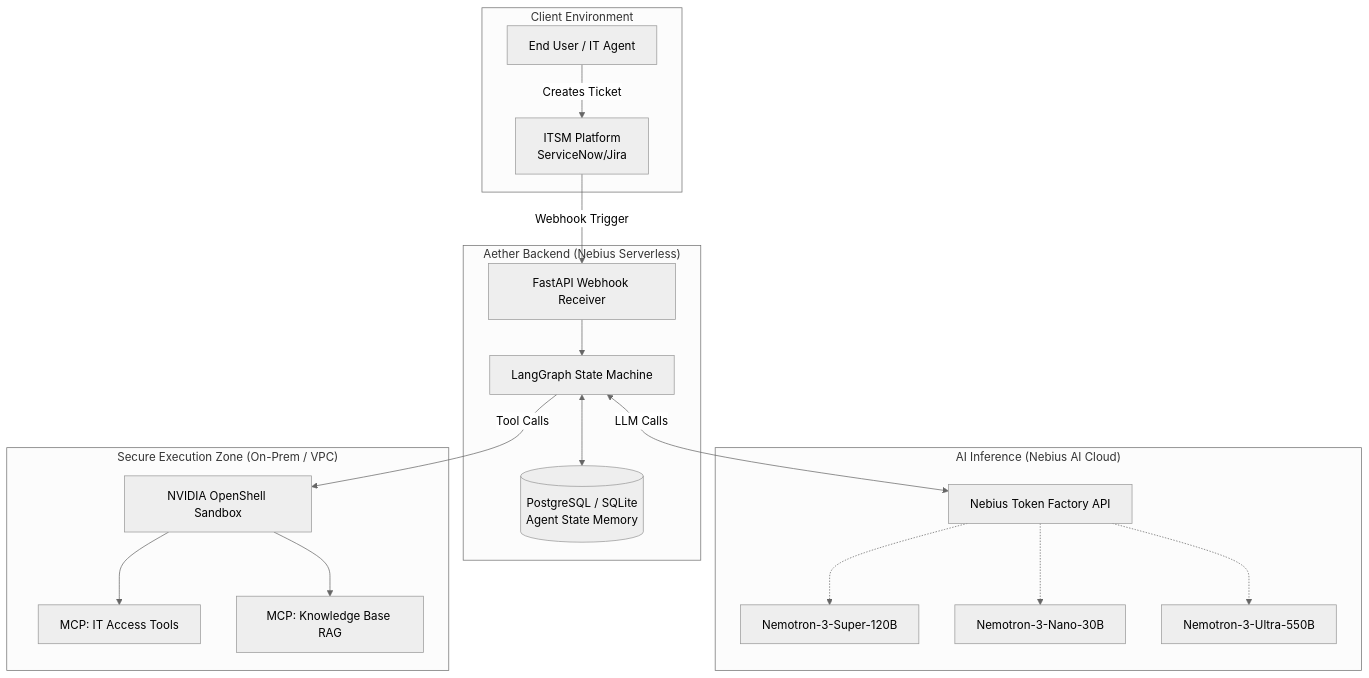
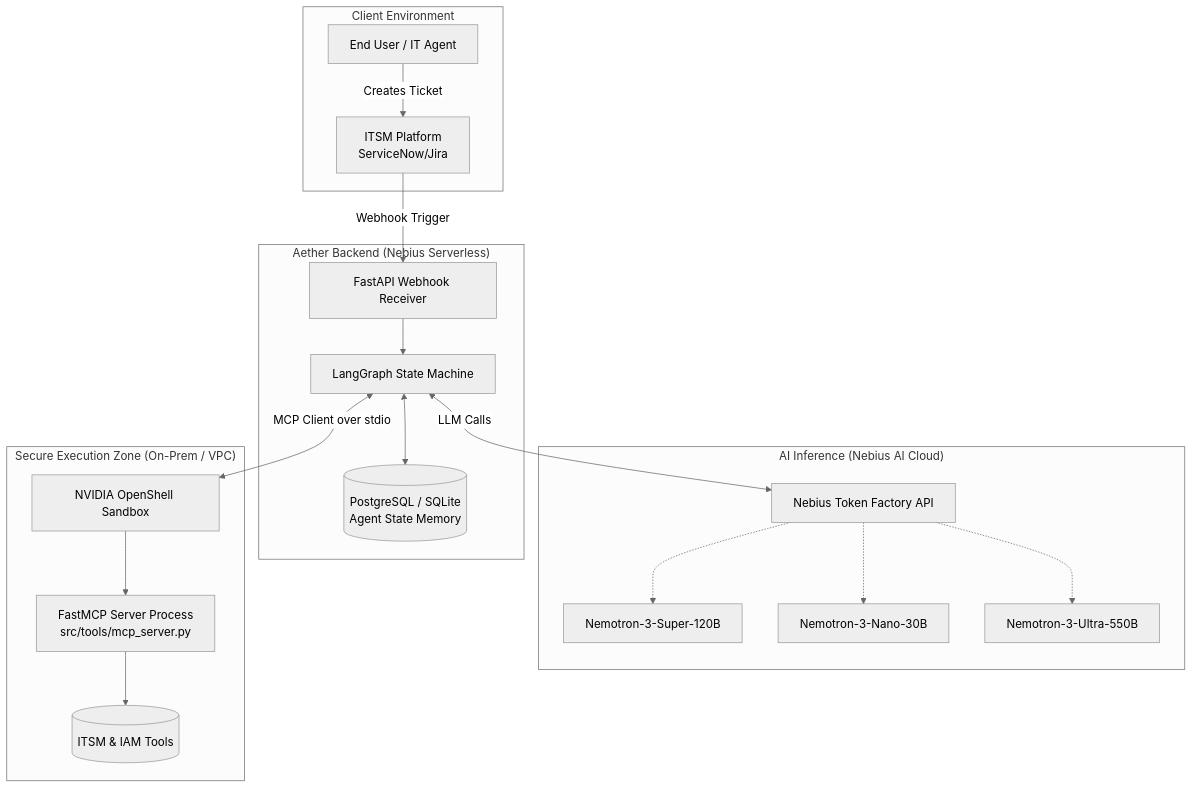
Before and after one commit to Abenavidese/Aether-ITSM: the first of 3 diagrams in docs/architecture.md, drawn with Mermaid (neutral theme). The commit also changed other lines of this file and 12 other files, not shown here.

Commit message:
feat: integrate FastMCP protocol for tool execution and implement asynchronous LangGraph agent workflow with state persistence.

````diff
--- a/docs/architecture.md
+++ b/docs/architecture.md
@@ -10,36 +10,37 @@
 ```mermaid
 graph TD
     subgraph "Client Environment"
         User[End User / IT Agent]
         ITSM[ITSM Platform<br/>ServiceNow/Jira]
     end
 
     subgraph "Aether Backend (Nebius Serverless)"
         WebhookAPI[FastAPI Webhook Receiver]
         Graph[LangGraph State Machine]
         DB[(PostgreSQL / SQLite<br/>Agent State Memory)]
     end
 
     subgraph "AI Inference (Nebius AI Cloud)"
         TF[Nebius Token Factory API]
         Super[Nemotron-3-Super-120B]
         Nano[Nemotron-3-Nano-30B]
         Ultra[Nemotron-3-Ultra-550B]
     end
 
     subgraph "Secure Execution Zone (On-Prem / VPC)"
         OpenShell[NVIDIA OpenShell Sandbox]
-        MCP_IT[MCP: IT Access Tools]
-        MCP_KB[MCP: Knowledge Base RAG]
+        MCPServer[FastMCP Server Process<br/>src/tools/mcp_server.py]
+        Tools[(ITSM & IAM Tools)]
     end
 
     User -->|Creates Ticket| ITSM
     ITSM -->|Webhook Trigger| WebhookAPI
     WebhookAPI --> Graph
     Graph <--> DB
     Graph <-->|LLM Calls| TF
     TF -.-> Super & Nano & Ultra
     
-    Graph -->|Tool Calls| OpenShell
-    OpenShell --> MCP_IT & MCP_KB
+    Graph <-->|MCP Client over stdio| OpenShell
+    OpenShell --> MCPServer
+    MCPServer --> Tools
 ```
````
